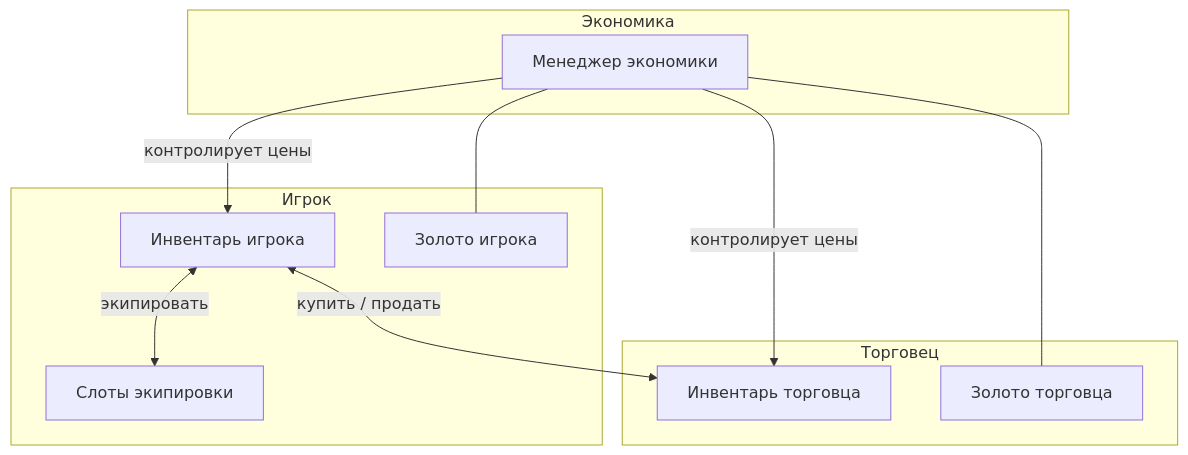
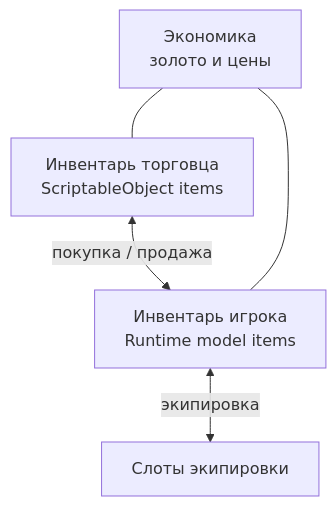
One commit to SergeevSergey99/DragAndDropSystem-Docs changed the first of 3 diagrams in .docs/content/examples/trading.md. Above: the diagram before and after it, drawn with Mermaid. The commit also changed other lines of this file and 16 other files, not shown here.

````diff
--- a/.docs/content/examples/trading.md
+++ b/.docs/content/examples/trading.md
@@ -9,24 +9,12 @@
 ```mermaid
 flowchart TB
-    subgraph Игрок
-        ИИ["Инвентарь игрока"]
-        СЭ["Слоты экипировки"]
-        ЗИ["Золото игрока"]
-    end
+    Merchant["Инвентарь торговца<br/>ScriptableObject items"]
+    Player["Инвентарь игрока<br/>Runtime model items"]
+    Equipment["Слоты экипировки"]
+    Economy["Экономика<br/>золото и цены"]
 
-    subgraph Торговец
-        ИТ["Инвентарь торговца"]
-        ЗТ["Золото торговца"]
-    end
-
-    subgraph Экономика
-        МЭ["Менеджер экономики"]
-    end
-
-    ИИ <-->|"купить / продать"| ИТ
-    ИИ <-->|"экипировать"| СЭ
-    МЭ --- ЗИ
-    МЭ --- ЗТ
-    МЭ -->|"контролирует цены"| ИИ
-    МЭ -->|"контролирует цены"| ИТ
+    Merchant <-->|покупка / продажа| Player
+    Player <-->|экипировка| Equipment
+    Economy --- Merchant
+    Economy --- Player
 ```
````
